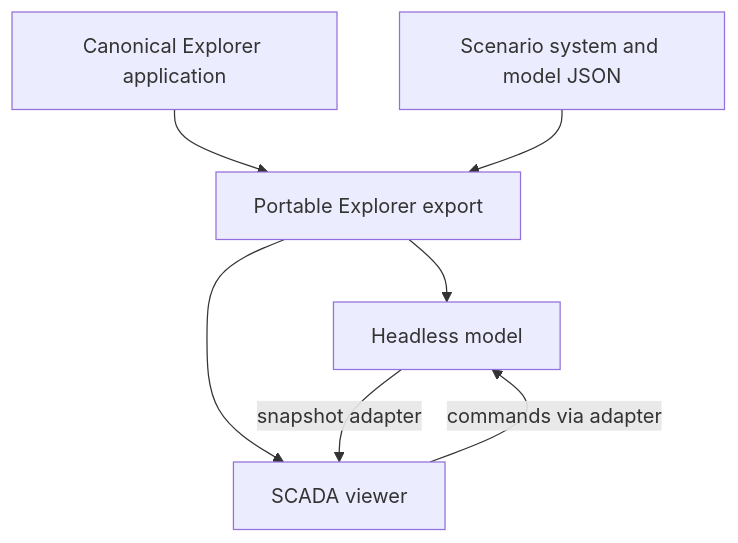
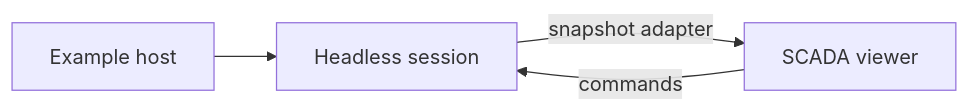
Before and after one commit to Valpatel/cad-agent: the diagram in software/cadagent/webkit/scada/sim/examples/README.md, drawn with Mermaid. The commit also changed other lines of this file and 1191 other files, not shown here.

Commit message:
feat: add native SCADA Toolkit, portable SDK and owned maintenance tools

````diff
--- a/software/cadagent/webkit/scada/sim/examples/README.md
+++ b/software/cadagent/webkit/scada/sim/examples/README.md
@@ -18,9 +7,6 @@
 ```mermaid
-flowchart TB
-  App[Canonical Explorer application] --> Example[Portable Explorer export]
-  JSON[Scenario system and model JSON] --> Example
-  Example --> Model
-  Example --> Viewer
-  Model[Headless model] -->|snapshot adapter| Viewer[SCADA viewer]
-  Viewer -->|commands via adapter| Model
+flowchart LR
+  Host[Example host] --> Model[Headless session]
+  Model -->|snapshot adapter| UI[SCADA viewer]
+  UI -->|commands| Model
 ```
````
